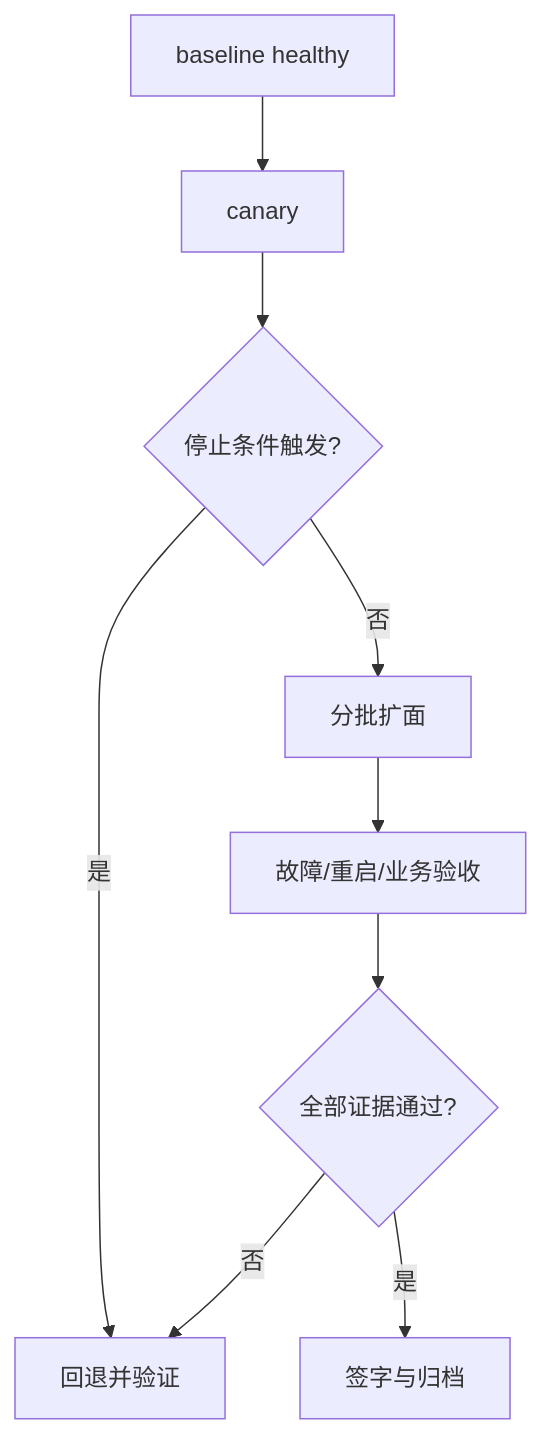
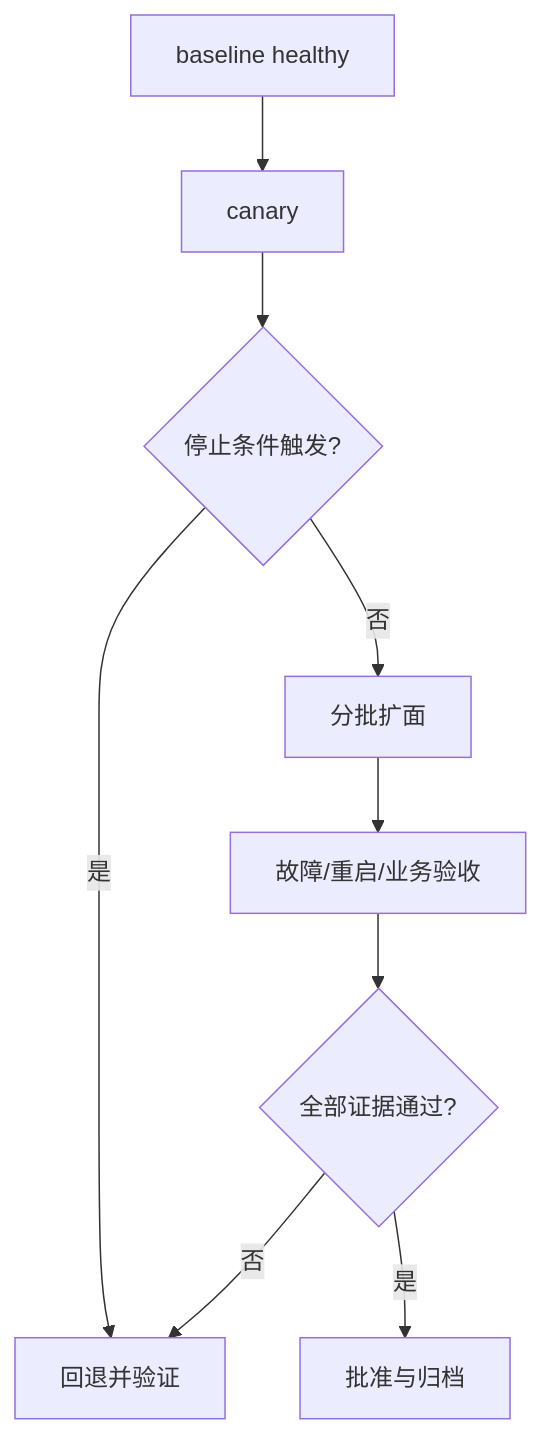
Diagram 43 of 53 in docs/storage/ceph/03-rados.md (brinnatt/kubeauto), drawn with Mermaid before and after one commit. The commit also changed other lines of this file and 8 other files, not shown here.

````diff
--- a/docs/storage/ceph/03-rados.md
+++ b/docs/storage/ceph/03-rados.md
@@ -1901,11 +1901,11 @@
 ```mermaid
 flowchart TD
   B[baseline healthy] --> C[canary]
   C --> G{停止条件触发?}
   G -->|是| R[回退并验证]
   G -->|否| E[分批扩面]
   E --> V[故障/重启/业务验收]
   V --> H{全部证据通过?}
   H -->|否| R
-  H -->|是| S[签字与归档]
+  H -->|是| S[批准与归档]
 ```
````
